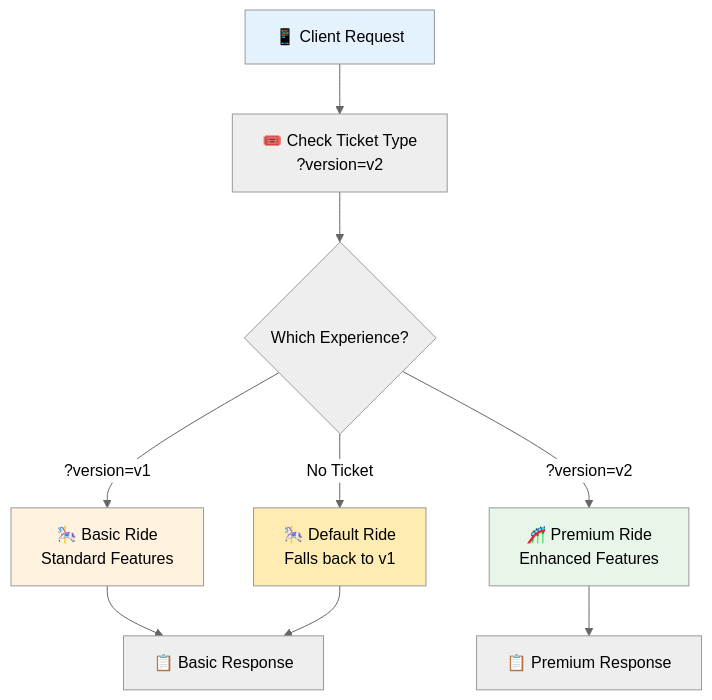
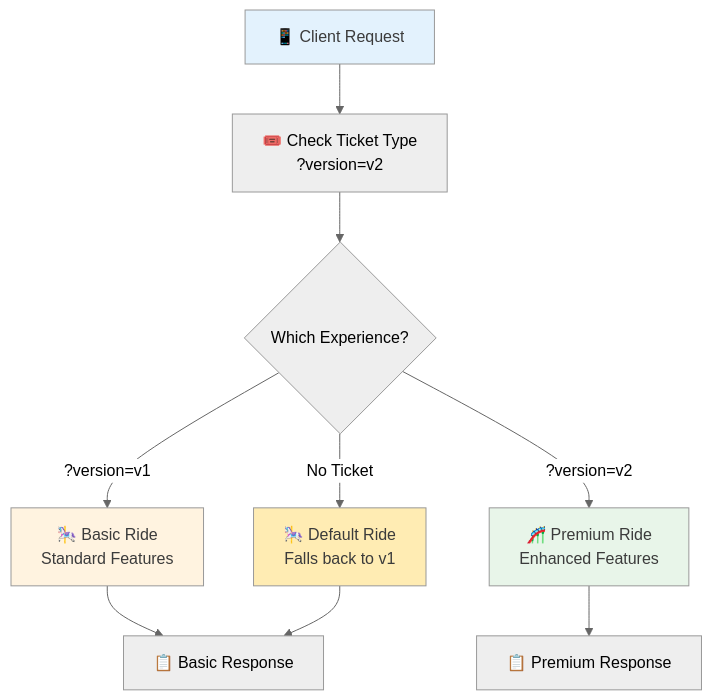
The fourth of 5 diagrams in app/docs/02_foundation/07-api-versioning/page.mdx (ridwanspace/restful-fastapi-guideline), drawn with Mermaid (neutral theme) before and after one commit. The commit also changed other lines of this file and 8 other files, not shown here.

First line of the commit message:
📝 docs(docs): enhance graph diagrams in foundation docs

````diff
--- a/app/docs/02_foundation/07-api-versioning/page.mdx
+++ b/app/docs/02_foundation/07-api-versioning/page.mdx
@@ -622,17 +622,17 @@
 ```mermaid
 graph TD
     A[📱 Client Request] --> B[🎟️ Check Ticket Type<br/>?version=v2]
     B --> C{Which Experience?}
     C -->|?version=v1| D[🎠 Basic Ride<br/>Standard Features]
     C -->|?version=v2| E[🎢 Premium Ride<br/>Enhanced Features]
     C -->|No Ticket| F[🎠 Default Ride<br/>Falls back to v1]
     
     D --> G[📋 Basic Response]
     E --> H[📋 Premium Response]  
     F --> G
     
-    style A fill:#e3f2fd
-    style D fill:#fff3e0
-    style E fill:#e8f5e9
-    style F fill:#ffecb3
+    style A fill:#e3f2fd,color:#3b3b3b
+    style D fill:#fff3e0,color:#3b3b3b
+    style E fill:#e8f5e9,color:#3b3b3b
+    style F fill:#ffecb3,color:#3b3b3b
 ```
````
